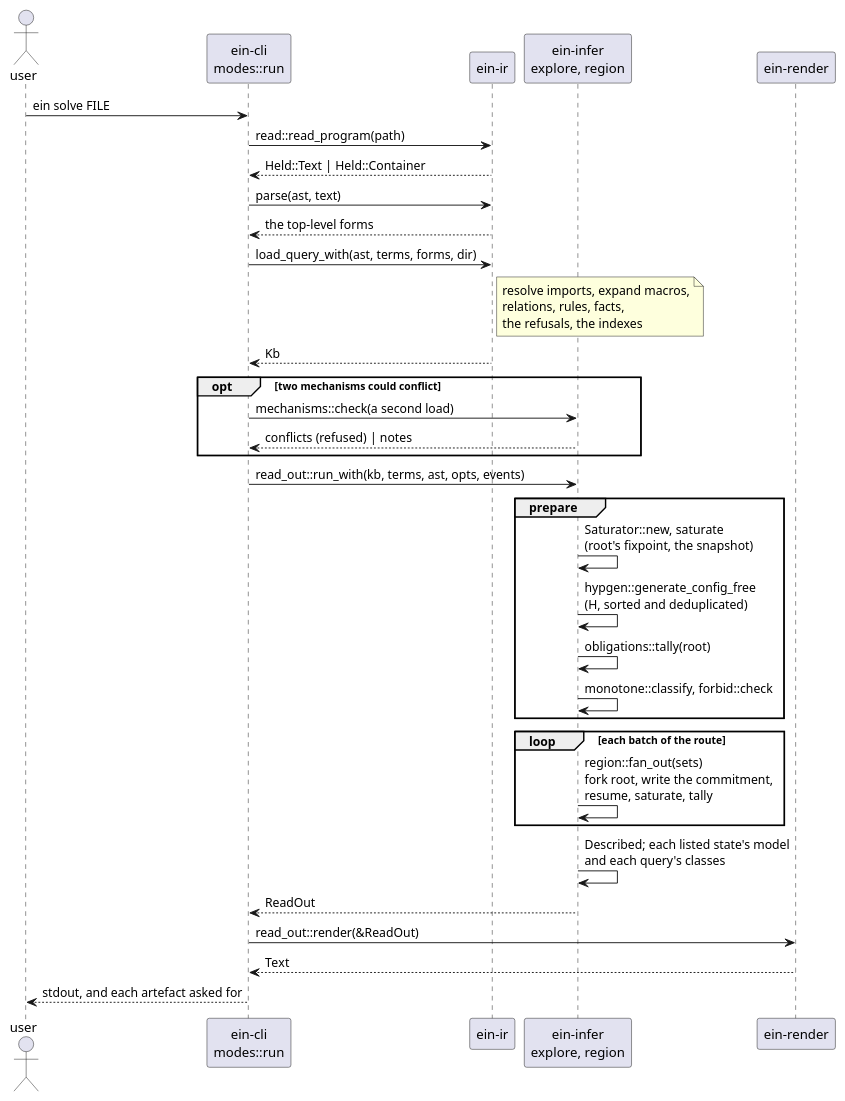
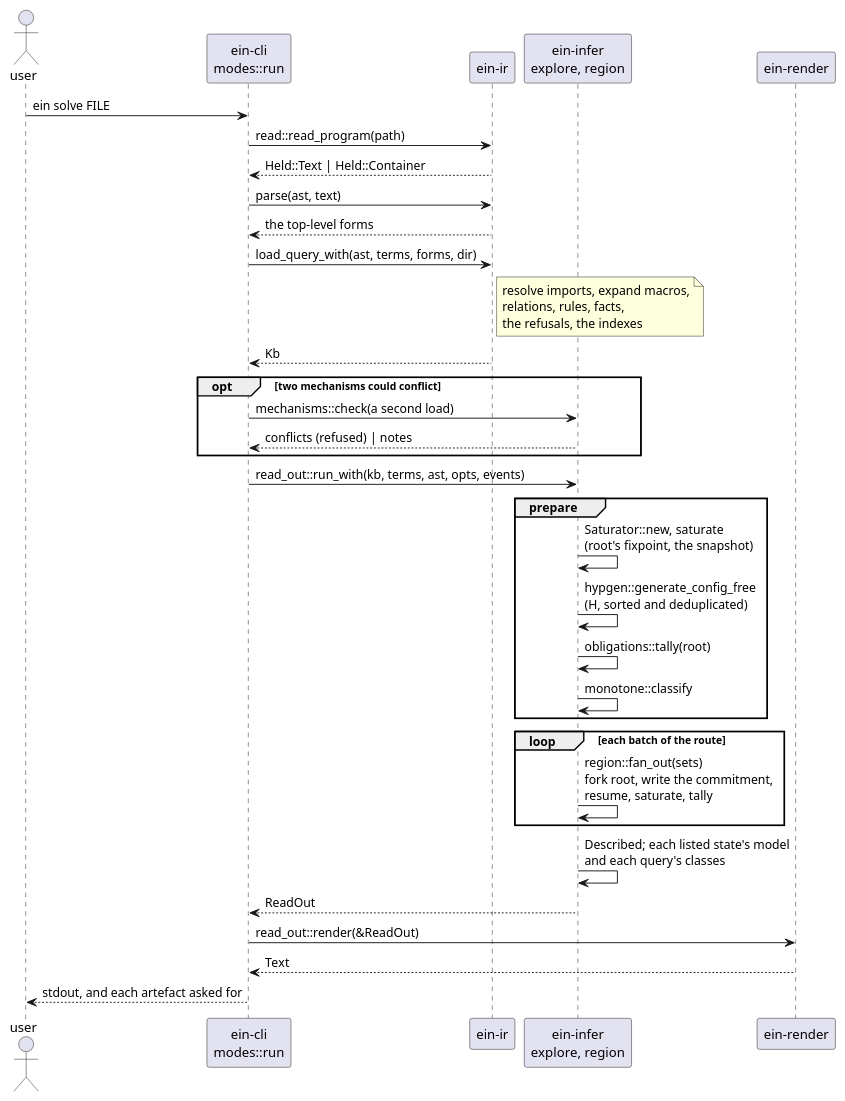
The diagram in docs/ein/ein.rs/diagrams/01-solve-calls.puml (agutikov/ein), drawn with PlantUML before and after one commit. The commit also changed 138 other files, not shown here.

```diff
--- a/docs/ein/ein.rs/diagrams/01-solve-calls.puml
+++ b/docs/ein/ein.rs/diagrams/01-solve-calls.puml
@@ -1,39 +1,39 @@
 @startuml
 actor user
 participant "ein-cli\nmodes::run" as cli
 participant "ein-ir" as ir
 participant "ein-infer\nexplore, region" as infer
 participant "ein-render" as render
 
 user -> cli : ein solve FILE
 cli -> ir : read::read_program(path)
 ir --> cli : Held::Text | Held::Container
 cli -> ir : parse(ast, text)
 ir --> cli : the top-level forms
 cli -> ir : load_query_with(ast, terms, forms, dir)
 note right of ir
   resolve imports, expand macros,
   relations, rules, facts,
   the refusals, the indexes
 end note
 ir --> cli : Kb
 opt two mechanisms could conflict
   cli -> infer : mechanisms::check(a second load)
   infer --> cli : conflicts (refused) | notes
 end
 cli -> infer : read_out::run_with(kb, terms, ast, opts, events)
 group prepare
   infer -> infer : Saturator::new, saturate\n(root's fixpoint, the snapshot)
   infer -> infer : hypgen::generate_config_free\n(H, sorted and deduplicated)
   infer -> infer : obligations::tally(root)
-  infer -> infer : monotone::classify, forbid::check
+  infer -> infer : monotone::classify
 end
 loop each batch of the route
   infer -> infer : region::fan_out(sets)\nfork root, write the commitment,\nresume, saturate, tally
 end
 infer -> infer : Described; each listed state's model\nand each query's classes
 infer --> cli : ReadOut
 cli -> render : read_out::render(&ReadOut)
 render --> cli : Text
 cli --> user : stdout, and each artefact asked for
 @enduml
```
